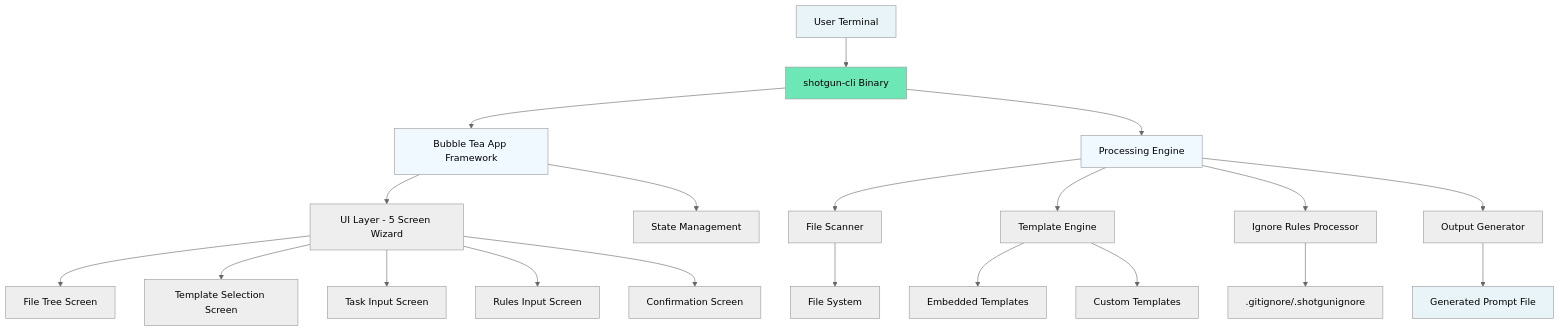
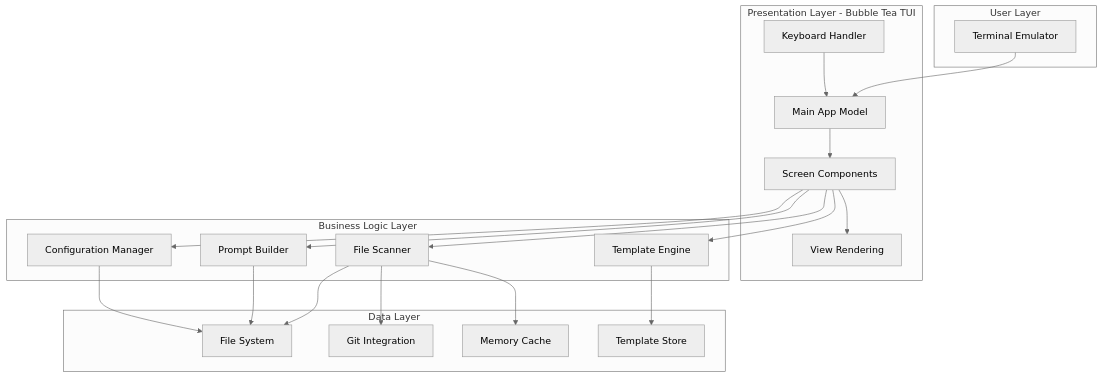
The first of 4 diagrams in docs/architecture.md (quantmind-br/shotgun), drawn with Mermaid (neutral theme) before and after one commit. The commit also changed other lines of this file and 67 other files, not shown here.

````diff
--- a/docs/architecture.md
+++ b/docs/architecture.md
@@ -49,32 +39,44 @@
 ```mermaid
-graph TD
-    A[User Terminal] --> B[shotgun-cli Binary]
-    B --> C[Bubble Tea App Framework]
-    C --> D[UI Layer - 5 Screen Wizard]
-    C --> E[State Management]
+graph TB
+    subgraph "User Layer"
+        Terminal[Terminal Emulator]
+    end
     
-    D --> F[File Tree Screen]
-    D --> G[Template Selection Screen]
-    D --> H[Task Input Screen]
-    D --> I[Rules Input Screen]
-    D --> J[Confirmation Screen]
+    subgraph "Presentation Layer - Bubble Tea TUI"
+        App[Main App Model]
+        Screens[Screen Components]
+        Views[View Rendering]
+        Keys[Keyboard Handler]
+    end
     
-    B --> K[Processing Engine]
-    K --> L[File Scanner]
-    K --> M[Template Engine]
-    K --> N[Ignore Rules Processor]
+    subgraph "Business Logic Layer"
+        Scanner[File Scanner]
+        Template[Template Engine]
+        Builder[Prompt Builder]
+        Config[Configuration Manager]
+    end
     
-    L --> O[File System]
-    M --> P[Embedded Templates]
-    M --> Q[Custom Templates]
-    N --> R[.gitignore/.shotgunignore]
+    subgraph "Data Layer"
+        FS[File System]
+        Git[Git Integration]
+        Cache[Memory Cache]
+        Templates[Template Store]
+    end
     
-    K --> S[Output Generator]
-    S --> T[Generated Prompt File]
+    Terminal --> App
+    App --> Screens
+    Screens --> Views
+    Keys --> App
     
-    style A fill:#e8f4f8
-    style T fill:#e8f4f8
-    style B fill:#6ee7b7
-    style C fill:#f0f9ff
-    style K fill:#f0f9ff
+    Screens --> Scanner
+    Screens --> Template
+    Screens --> Builder
+    Screens --> Config
+    
+    Scanner --> FS
+    Scanner --> Git
+    Scanner --> Cache
+    Template --> Templates
+    Builder --> FS
+    Config --> FS
 ```
````
